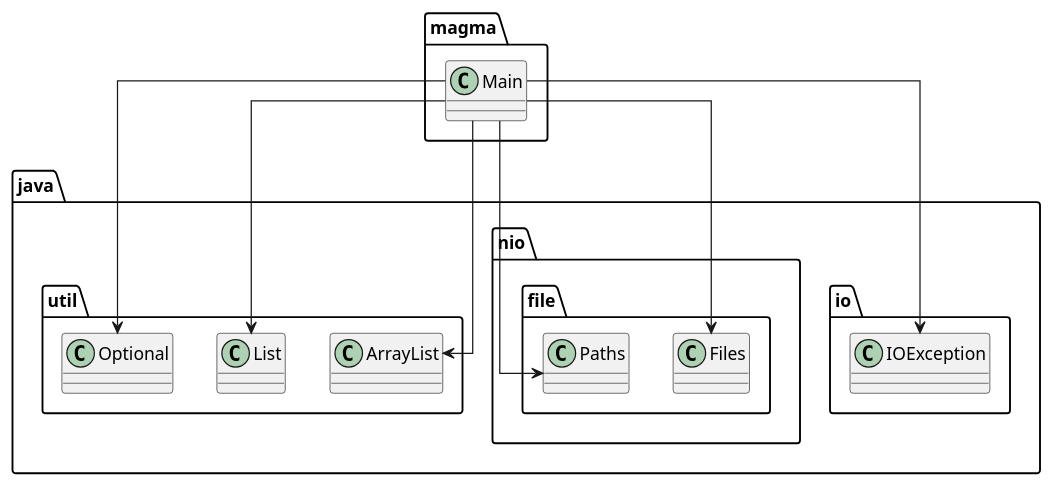
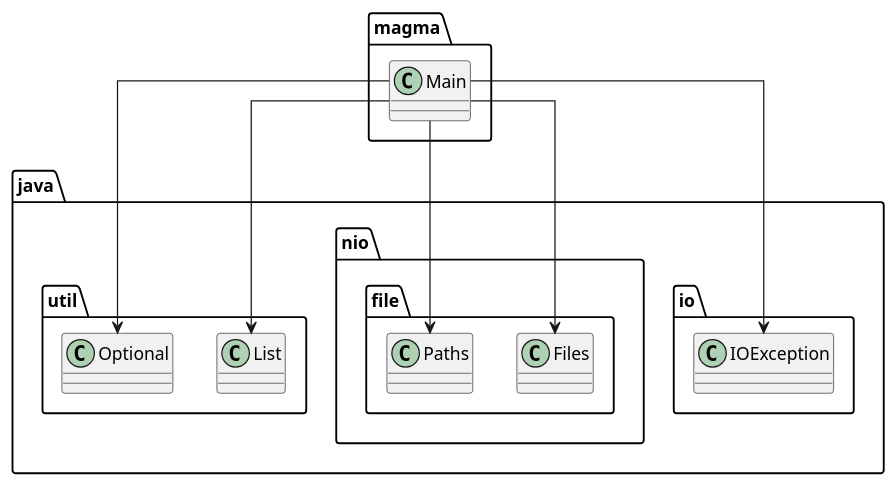
One commit to SirMathhman/Magma changed the diagram in diagram.puml. Above: the diagram before and after it, drawn with PlantUML. The commit also changed 2 other files, not shown here.

```diff
--- a/diagram.puml
+++ b/diagram.puml
@@ -1,10 +1,9 @@
 @startuml
 skinparam linetype ortho
 magma.Main --> java.io.IOException
 magma.Main --> java.nio.file.Files
 magma.Main --> java.nio.file.Paths
-magma.Main --> java.util.ArrayList
 magma.Main --> java.util.List
 magma.Main --> java.util.Optional
 class magma.Main
 @enduml
```
